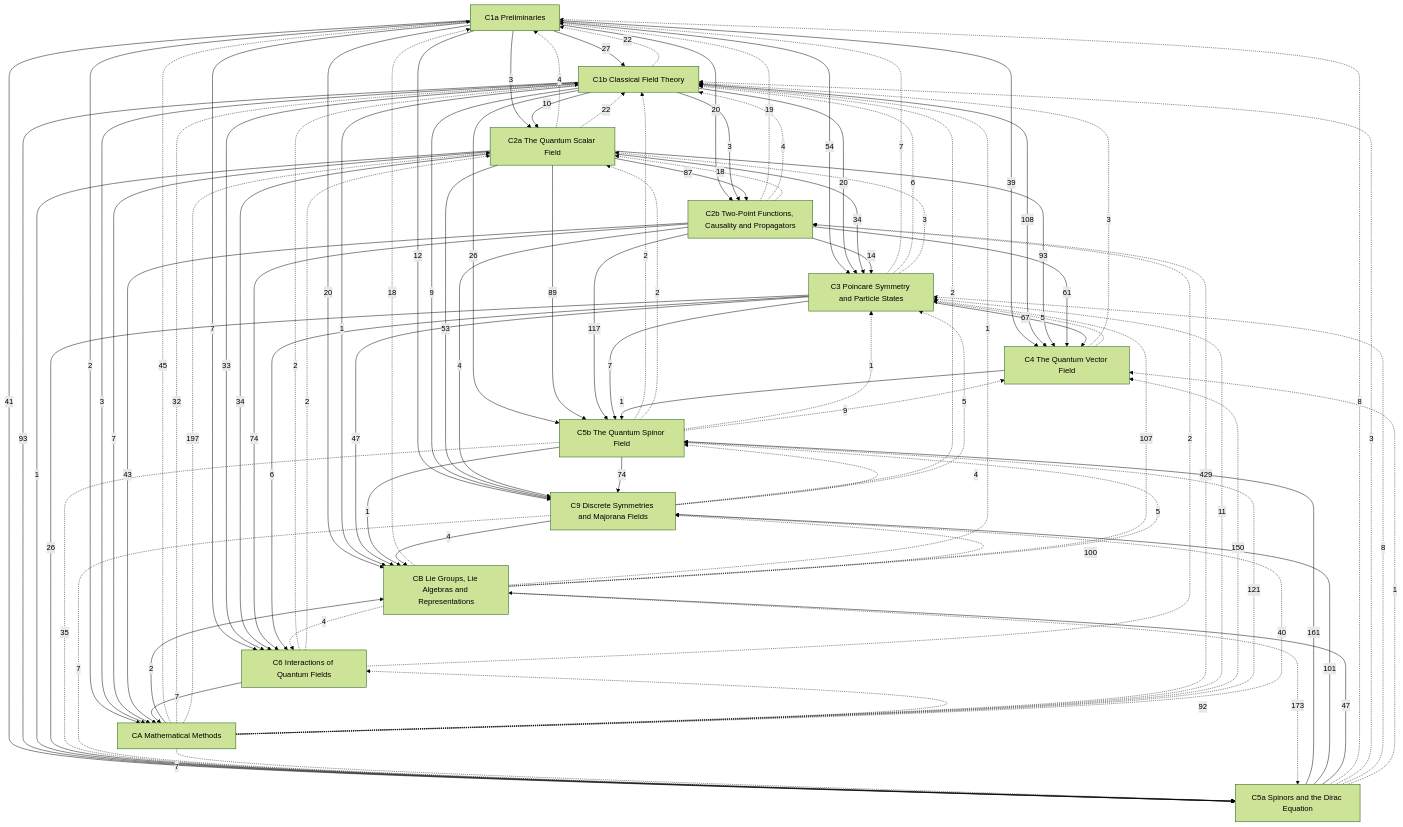
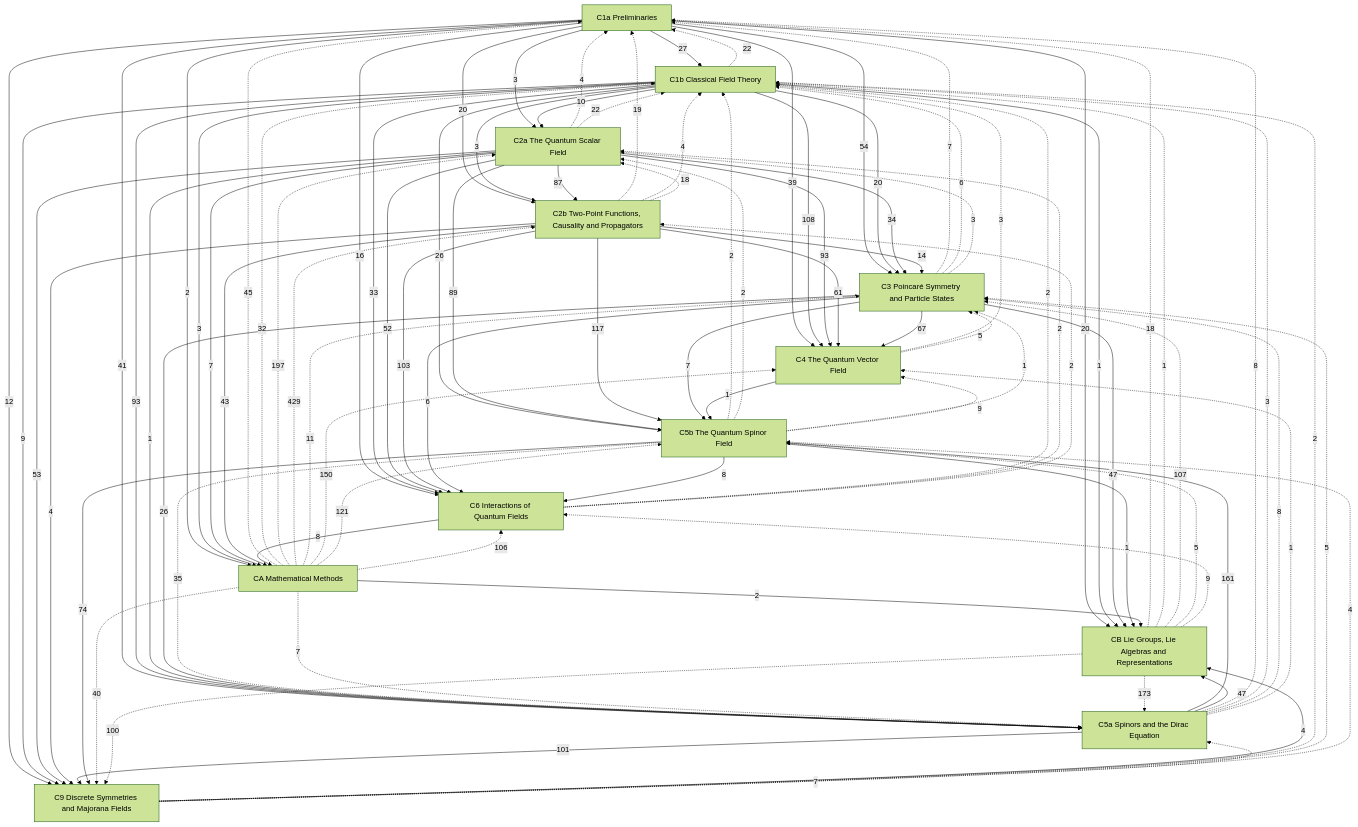
The diagram in Physics/Quantum Field Theory/Quantum Field Theory.md (Onion20040508/notes), drawn with Mermaid (forest theme) before and after one commit. The commit also changed other lines of this file and 27 other files, not shown here.

````diff
--- a/Physics/Quantum Field Theory/Quantum Field Theory.md
+++ b/Physics/Quantum Field Theory/Quantum Field Theory.md
@@ -67,11 +67,12 @@
   C3 -->|7| C5b
   C4 -->|1| C5b
   C5a -->|161| C5b
-  C1a -->|7| C6
+  C1a -->|16| C6
   C1b -->|33| C6
-  C2a -->|34| C6
-  C2b -->|74| C6
+  C2a -->|52| C6
+  C2b -->|103| C6
   C3 -->|6| C6
+  C5b -->|8| C6
   C1a -->|12| C9
   C1b -->|9| C9
   C2a -->|53| C9
@@ -82,7 +83,7 @@
   C1b -->|3| CA
   C2a -->|7| CA
   C2b -->|43| CA
-  C6 -->|7| CA
+  C6 -->|8| CA
   C1a -->|20| CB
   C1b -->|1| CB
   C3 -->|47| CB
@@ -130,8 +131,8 @@
   C9 -.->|4| C5b
   CA -.->|121| C5b
   CB -.->|5| C5b
-  CA -.->|92| C6
-  CB -.->|4| C6
+  CA -.->|106| C6
+  CB -.->|9| C6
   CA -.->|40| C9
   CB -.->|100| C9
 ```
````
